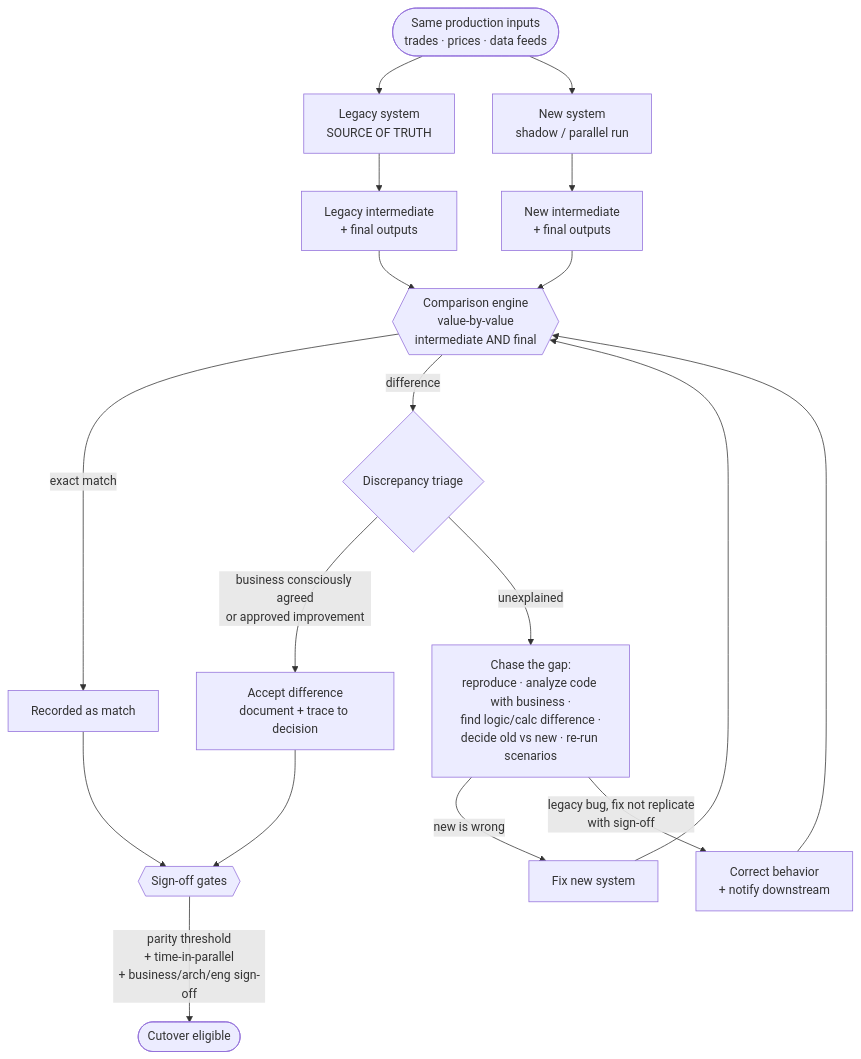
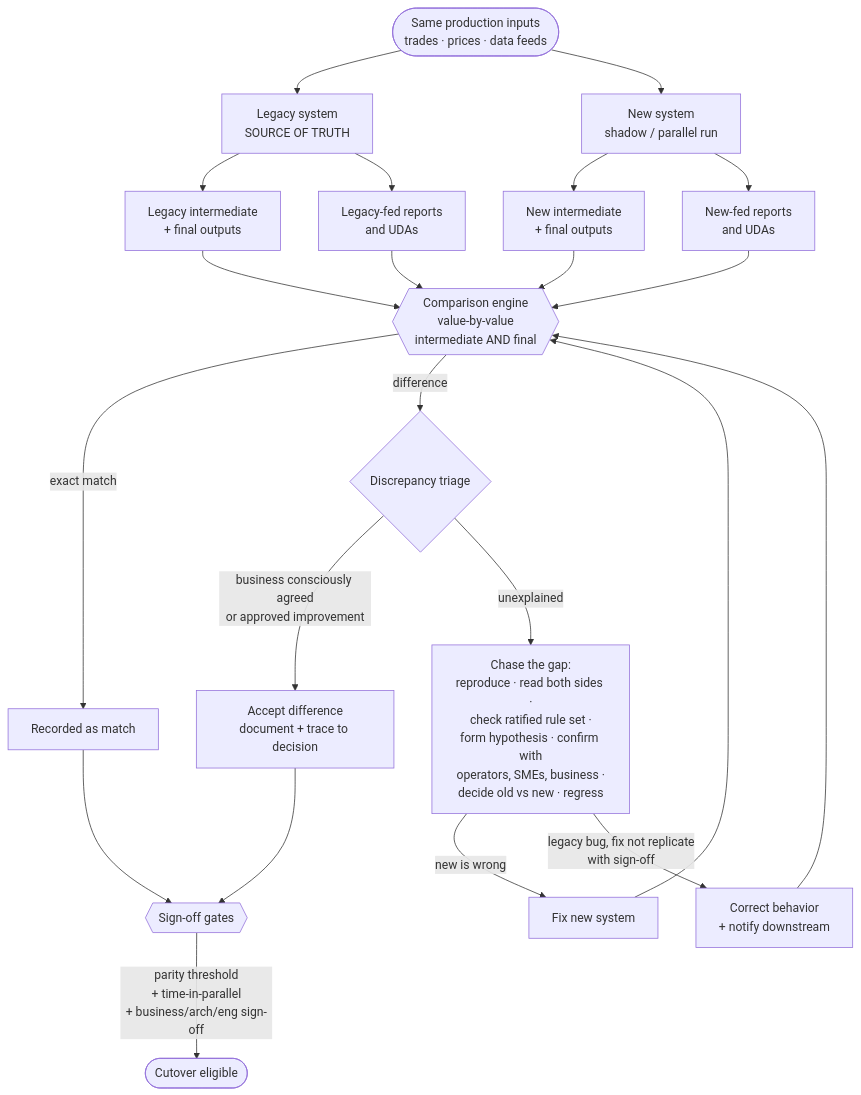
The diagram in patterns/parity-harness-deepdive.md (nikjain15/lossless-modernization), drawn with Mermaid before and after one commit. The commit also changed other lines of this file and 1 other file, not shown here.

````diff
--- a/patterns/parity-harness-deepdive.md
+++ b/patterns/parity-harness-deepdive.md
@@ -64,29 +98,36 @@
 ```mermaid
 flowchart TD
     IN([Same production inputs<br/>trades · prices · data feeds])
 
     IN --> OLD[Legacy system<br/>SOURCE OF TRUTH]
     IN --> NEW[New system<br/>shadow / parallel run]
 
     OLD --> OINT[Legacy intermediate<br/>+ final outputs]
     NEW --> NINT[New intermediate<br/>+ final outputs]
 
-    OINT --> CMP{{Comparison engine<br/>value-by-value<br/>intermediate AND final}}
+    OLD --> OCON[Legacy-fed reports<br/>and UDAs]
+    NEW --> NCON[New-fed reports<br/>and UDAs]
+
+    CMP{{Comparison engine<br/>value-by-value<br/>intermediate AND final}}
+    GATE{{Sign-off gates}}
+
+    OINT --> CMP
     NINT --> CMP
+    OCON --> CMP
+    NCON --> CMP
 
     CMP -->|exact match| PASS[Recorded as match]
     CMP -->|difference| TRIAGE{Discrepancy triage}
 
     TRIAGE -->|business consciously agreed<br/>or approved improvement| ACCEPT[Accept difference<br/>document + trace to decision]
-    TRIAGE -->|unexplained| CHASE[Chase the gap:<br/>reproduce · analyze code with business ·<br/>find logic/calc difference ·<br/>decide old vs new · re-run scenarios]
+    TRIAGE -->|unexplained| CHASE[Chase the gap:<br/>reproduce · read both sides ·<br/>check ratified rule set ·<br/>form hypothesis · confirm with<br/>operators, SMEs, business ·<br/>decide old vs new · regress]
 
     CHASE -->|new is wrong| FIXNEW[Fix new system]
     CHASE -->|legacy bug, fix not replicate<br/>with sign-off| FIXBUG[Correct behavior<br/>+ notify downstream]
     FIXNEW --> CMP
     FIXBUG --> CMP
 
     PASS --> GATE
     ACCEPT --> GATE
-    GATE{{Sign-off gates}}
     GATE -->|parity threshold<br/>+ time-in-parallel<br/>+ business/arch/eng sign-off| GOLIVE([Cutover eligible])
 ```
````
